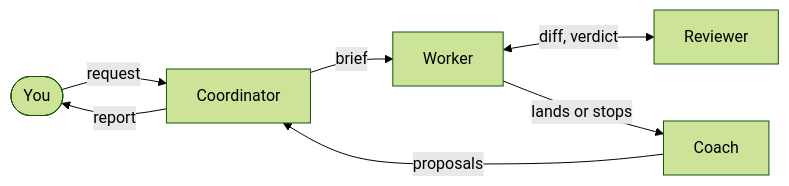
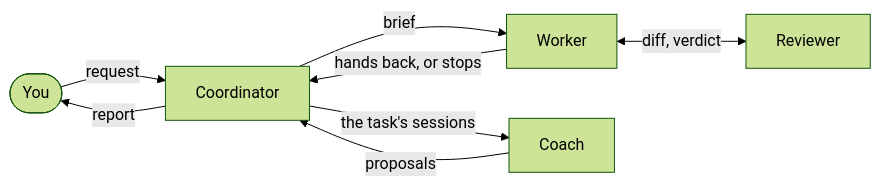
Before and after one commit to cniska/agent-skills: the diagram in README.md, drawn with Mermaid (forest theme). The commit also changed other lines of this file and 12 other files, not shown here.

````diff
--- a/README.md
+++ b/README.md
@@ -25,9 +25,10 @@
 ```mermaid
 flowchart LR
   you(["You"]) -- "request" --> coord["Coordinator"]
   coord -- "brief" --> worker["Worker"]
   worker <-- "diff, verdict" --> reviewer["Reviewer"]
-  worker -- "lands or stops" --> coach["Coach"]
+  worker -- "hands back, or stops" --> coord
+  coord -- "the task's sessions" --> coach["Coach"]
   coach -- "proposals" --> coord
   coord -- "report" --> you
 ```
````
